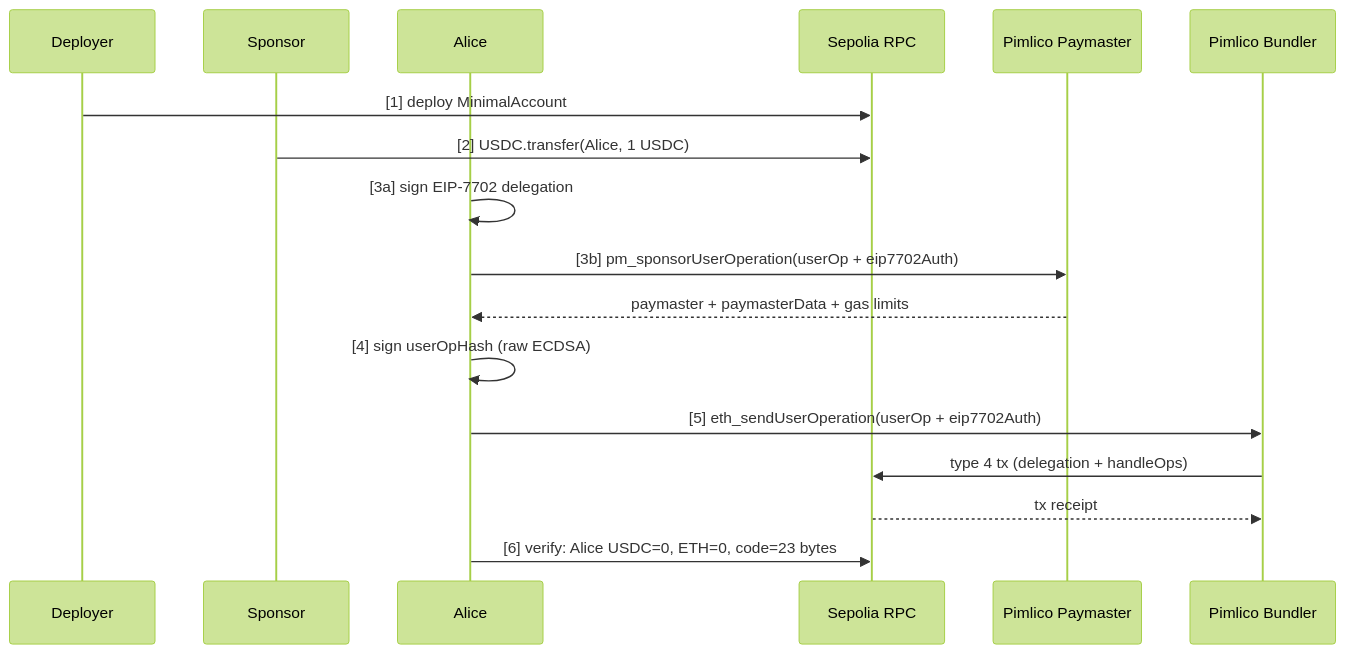
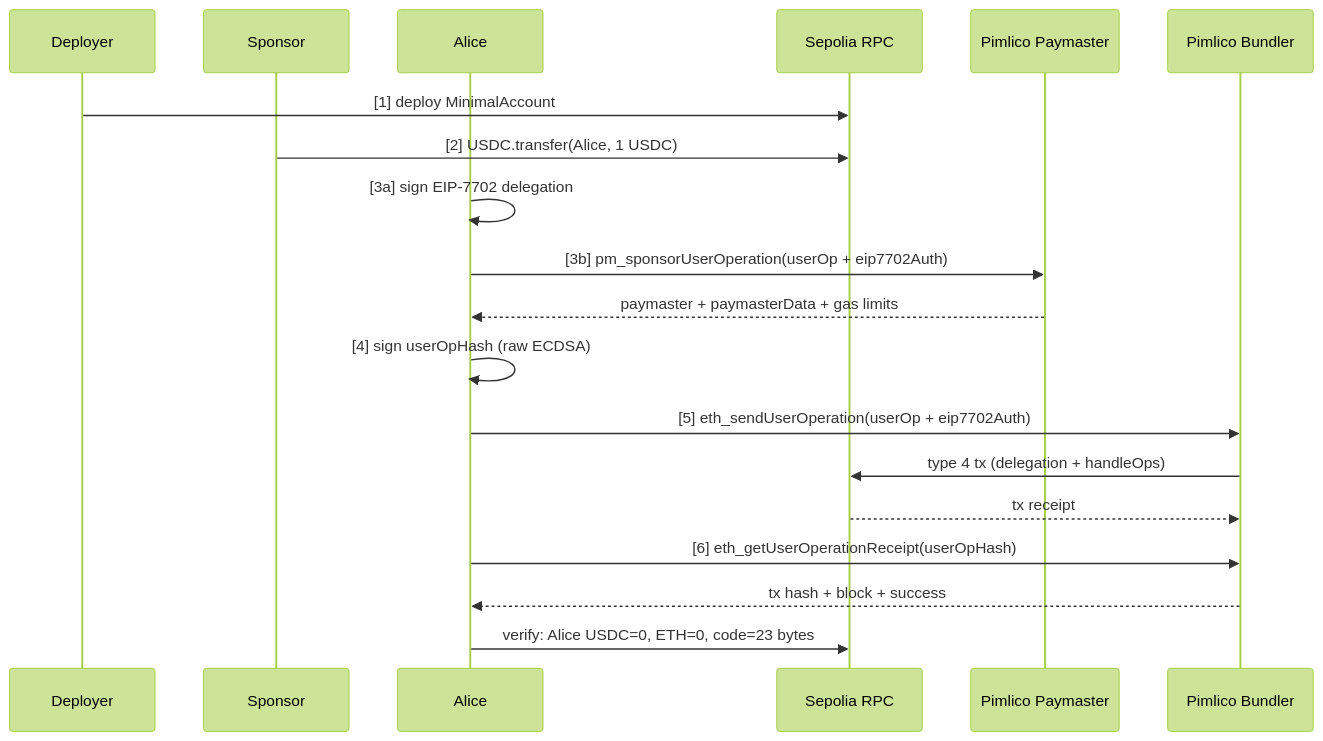
Before and after one commit to CoboTest/eip7702-minimal-account: the diagram in script/python/README.md, drawn with Mermaid (forest theme). The commit also changed 1 other file, not shown here.

Commit message:
docs: add receipt polling from Bundler in sequence diagram

````diff
--- a/script/python/README.md
+++ b/script/python/README.md
@@ -134,24 +134,26 @@
 ```mermaid
 sequenceDiagram
     participant D as Deployer
     participant S as Sponsor
     participant A as Alice
     participant RPC as Sepolia RPC
     participant PM as Pimlico Paymaster
     participant B as Pimlico Bundler
 
     D->>RPC: [1] deploy MinimalAccount
     S->>RPC: [2] USDC.transfer(Alice, 1 USDC)
 
     A->>A: [3a] sign EIP-7702 delegation
     A->>PM: [3b] pm_sponsorUserOperation(userOp + eip7702Auth)
     PM-->>A: paymaster + paymasterData + gas limits
 
     A->>A: [4] sign userOpHash (raw ECDSA)
 
     A->>B: [5] eth_sendUserOperation(userOp + eip7702Auth)
     B->>RPC: type 4 tx (delegation + handleOps)
     RPC-->>B: tx receipt
 
-    A->>RPC: [6] verify: Alice USDC=0, ETH=0, code=23 bytes
+    A->>B: [6] eth_getUserOperationReceipt(userOpHash)
+    B-->>A: tx hash + block + success
+    A->>RPC: verify: Alice USDC=0, ETH=0, code=23 bytes
 ```
````
